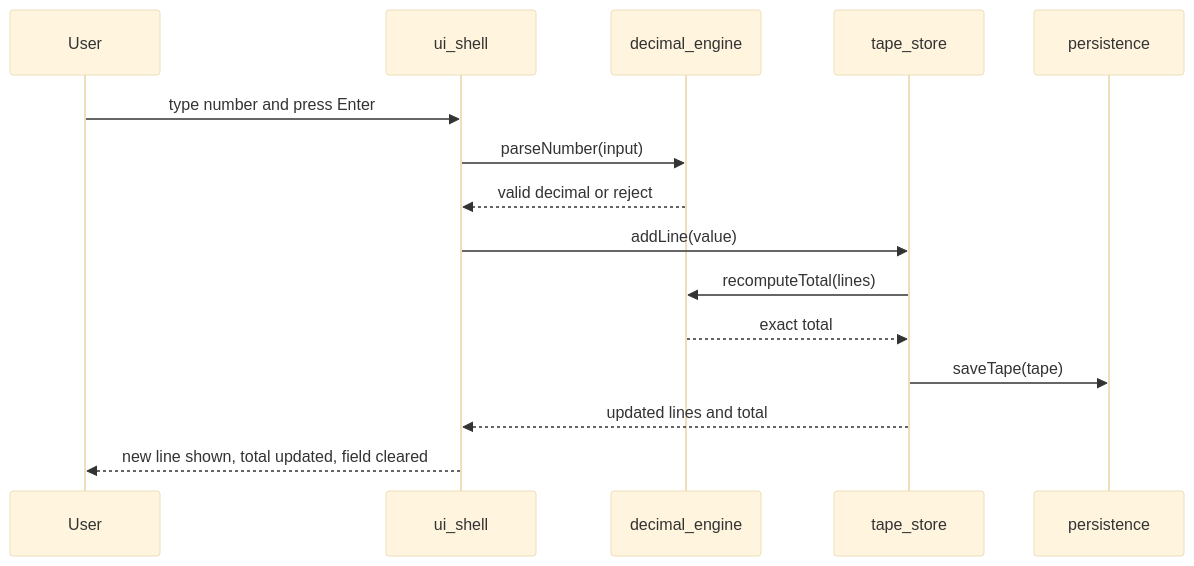
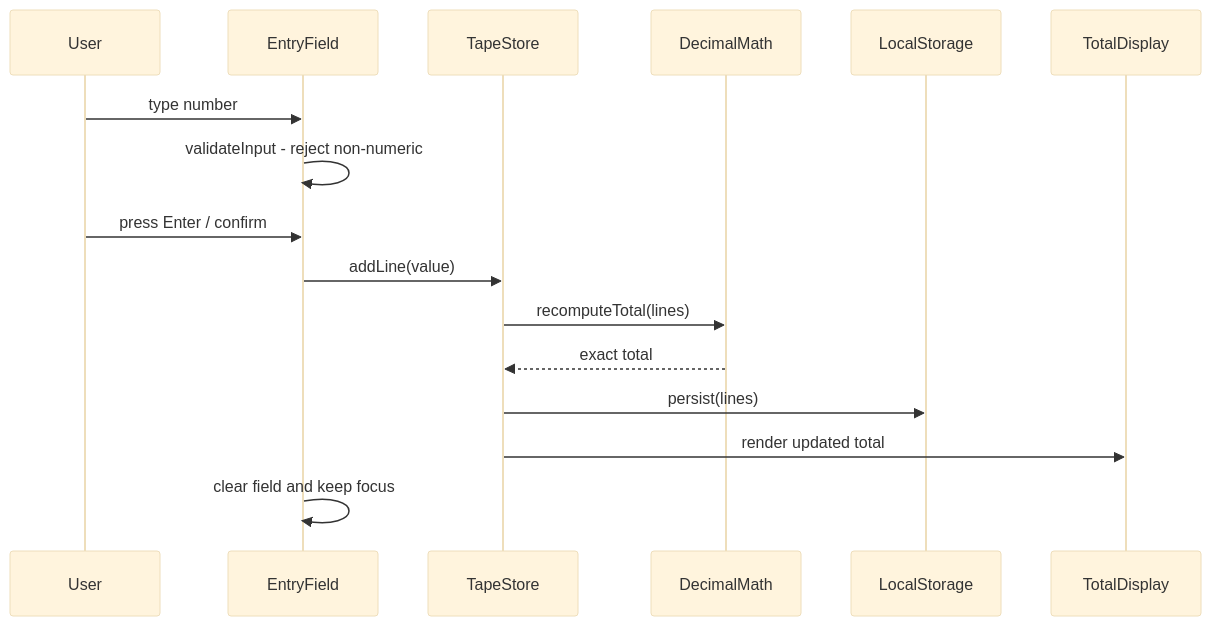
The second of 5 diagrams in docs/sdlc/architecture/README.md (satya1802/simple-addition), drawn with Mermaid (base theme) before and after one commit. The commit also changed other lines of this file and 11 other files, not shown here.

````diff
--- a/docs/sdlc/architecture/README.md
+++ b/docs/sdlc/architecture/README.md
@@ -131,17 +169,18 @@
 ```mermaid
 sequenceDiagram
   participant U as User
-  participant UI as ui_shell
-  participant D as decimal_engine
-  participant S as tape_store
-  participant P as persistence
-  U->>UI: type number and press Enter
-  UI->>D: parseNumber(input)
-  D-->>UI: valid decimal or reject
-  UI->>S: addLine(value)
-  S->>D: recomputeTotal(lines)
-  D-->>S: exact total
-  S->>P: saveTape(tape)
-  S-->>UI: updated lines and total
-  UI-->>U: new line shown, total updated, field cleared
+  participant E as EntryField
+  participant S as TapeStore
+  participant M as DecimalMath
+  participant P as LocalStorage
+  participant T as TotalDisplay
+  U->>E: type number
+  E->>E: validateInput - reject non-numeric
+  U->>E: press Enter / confirm
+  E->>S: addLine(value)
+  S->>M: recomputeTotal(lines)
+  M-->>S: exact total
+  S->>P: persist(lines)
+  S->>T: render updated total
+  E->>E: clear field and keep focus
 ```
````
